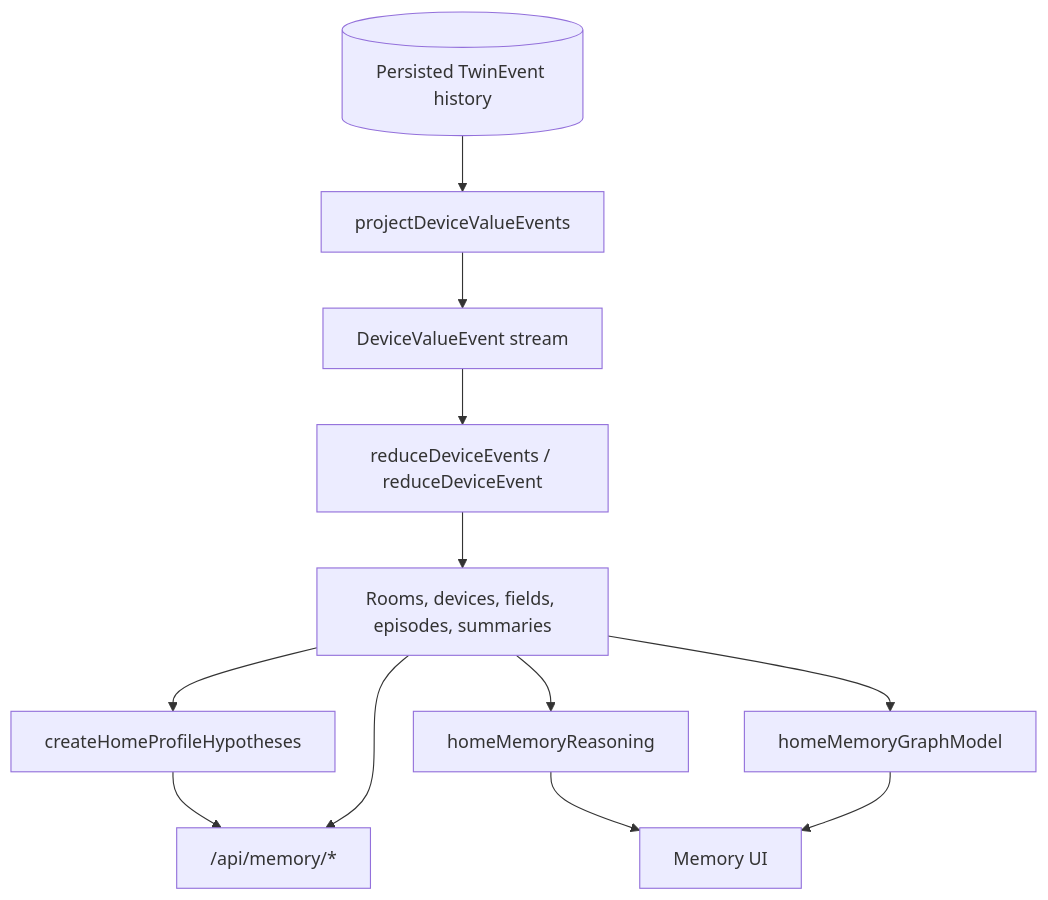
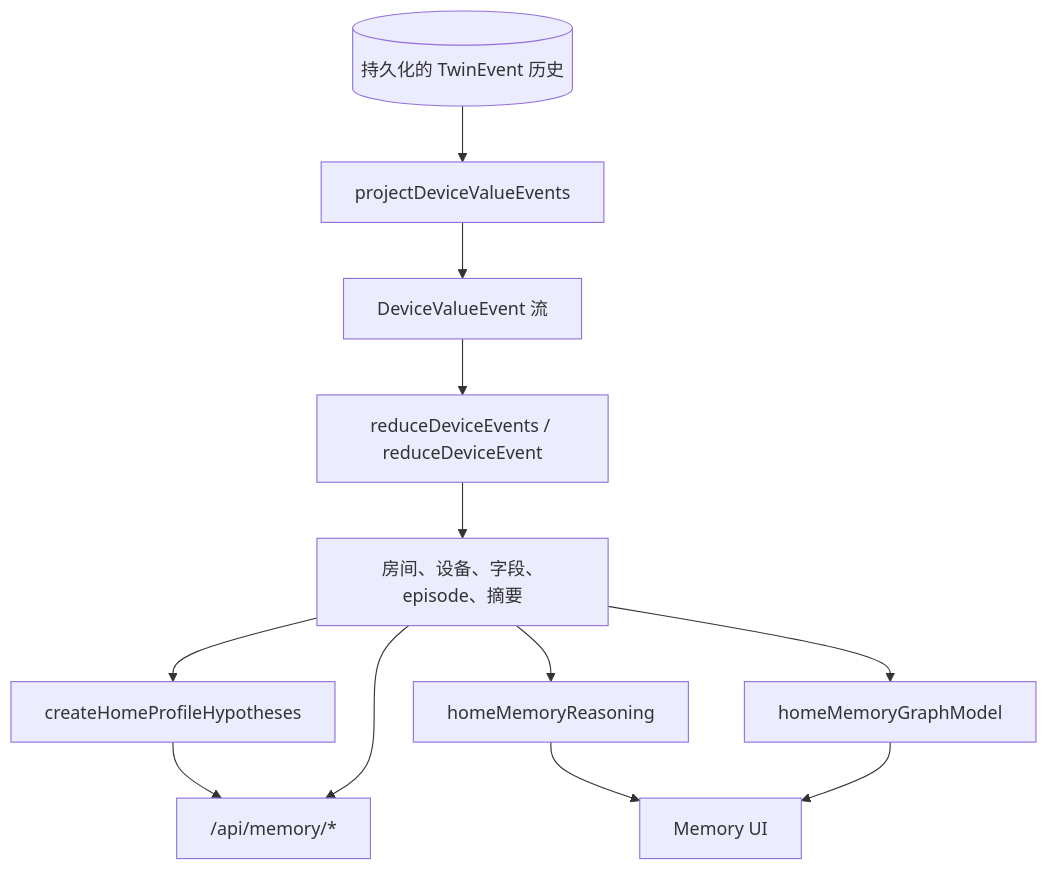
One commit to SudoJacky/VirtualHome changed the first of 6 diagrams in docs/home-memory-processing-flow.md. Above: the diagram before and after it, drawn with Mermaid. The commit also changed other lines of this file and 2 other files, not shown here.

Commit message:
docs: translate flow docs to Chinese

````diff
--- a/docs/home-memory-processing-flow.md
+++ b/docs/home-memory-processing-flow.md
@@ -11,14 +11,14 @@
 ```mermaid
 flowchart TD
-  Events[(Persisted TwinEvent history)] --> Project[projectDeviceValueEvents]
-  Project --> DeviceValue[DeviceValueEvent stream]
+  Events[(持久化的 TwinEvent 历史)] --> Project[projectDeviceValueEvents]
+  Project --> DeviceValue[DeviceValueEvent 流]
   DeviceValue --> Reducer[reduceDeviceEvents / reduceDeviceEvent]
-  Reducer --> FactMemory[Rooms, devices, fields, episodes, summaries]
+  Reducer --> FactMemory[房间、设备、字段、episode、摘要]
   FactMemory --> Profiler[createHomeProfileHypotheses]
   FactMemory --> Reasoning[homeMemoryReasoning]
   FactMemory --> Graph[homeMemoryGraphModel]
   Profiler --> QueryAPI["/api/memory/*"]
   FactMemory --> QueryAPI
   Reasoning --> UI[Memory UI]
   Graph --> UI
 ```
````
